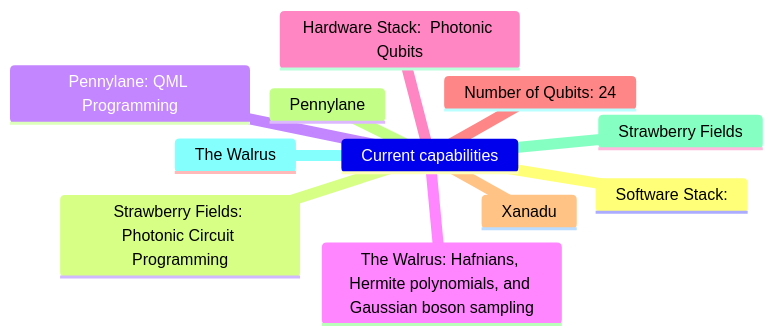
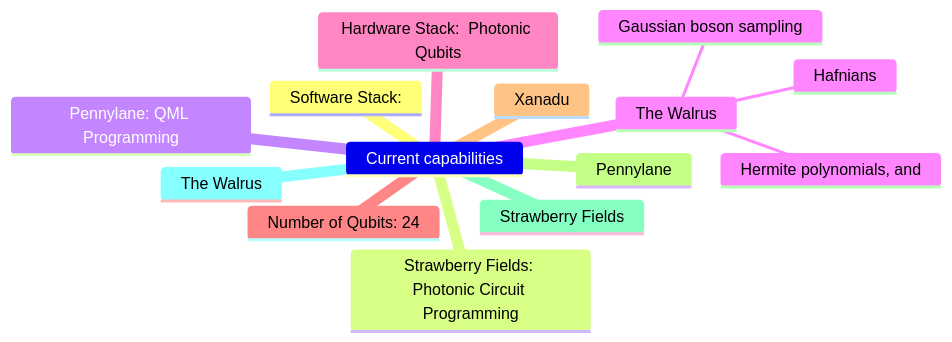
Before and after one commit to ICHEC/qpcc: the fourth of 4 diagrams in lecture-5/accessing-quantum-computing-systems.md, drawn with Mermaid. The commit also changed other lines of this file, not shown here.

````diff
--- a/lecture-5/accessing-quantum-computing-systems.md
+++ b/lecture-5/accessing-quantum-computing-systems.md
@@ -429,14 +434,17 @@
 ```{mermaid}
 mindmap
 Current capabilities​
     Software Stack:​
     Strawberry Fields: Photonic Circuit Programming​
     Pennylane: QML Programming​
-    The Walrus: Hafnians, Hermite polynomials, and Gaussian boson sampling​
+    The Walrus
+        Hafnians
+        Hermite polynomials, and
+        Gaussian boson sampling​
     Hardware Stack:  Photonic Qubits​
     Number of Qubits: 24​
     Xanadu​
     Pennylane​
     Strawberry Fields​
     The Walrus​
 ```
````
